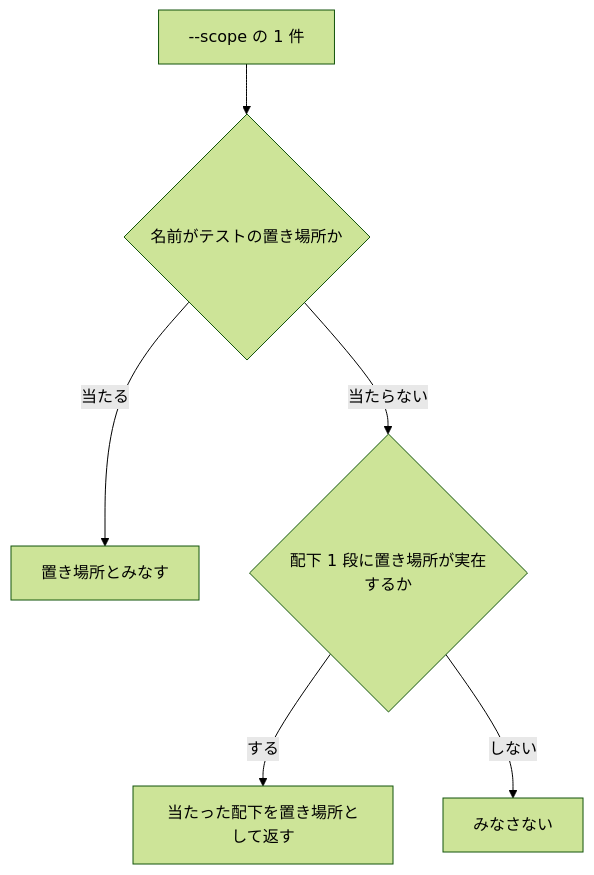
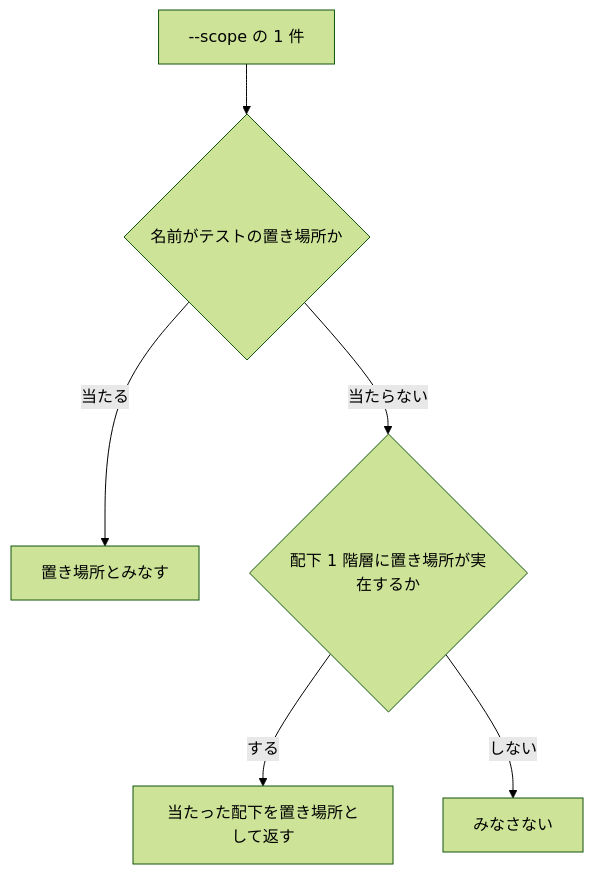
The first of 2 diagrams in docs/specifications/ndf-workflow-blockers.md (devbasex/ai-plugins), drawn with Mermaid (forest theme) before and after one commit. The commit also changed other lines of this file and 49 other files, not shown here.

````diff
--- a/docs/specifications/ndf-workflow-blockers.md
+++ b/docs/specifications/ndf-workflow-blockers.md
@@ -71,8 +71,8 @@
 ```mermaid
 graph TD
     A[--scope の 1 件] --> B{名前がテストの置き場所か}
     B -->|当たる| T[置き場所とみなす]
-    B -->|当たらない| C{配下 1 段に置き場所が実在するか}
+    B -->|当たらない| C{配下 1 階層に置き場所が実在するか}
     C -->|する| T2[当たった配下を置き場所として返す]
     C -->|しない| F[みなさない]
 ```
````
